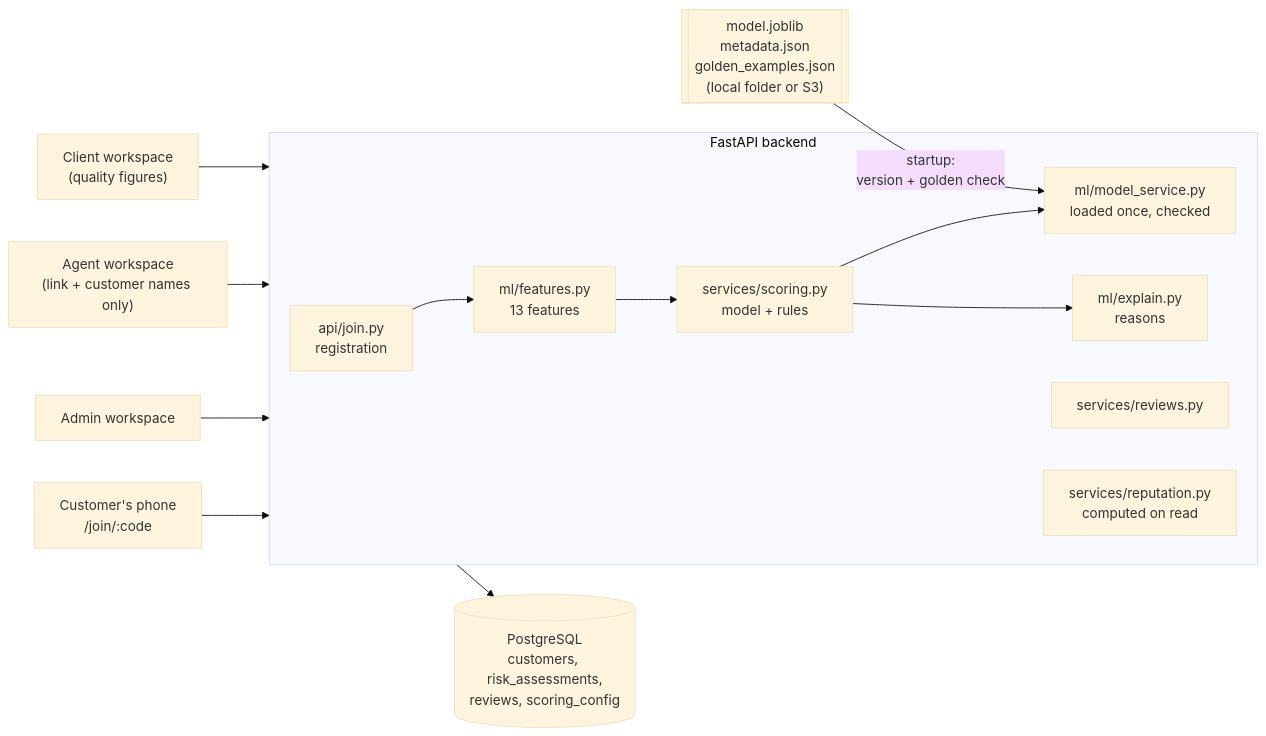
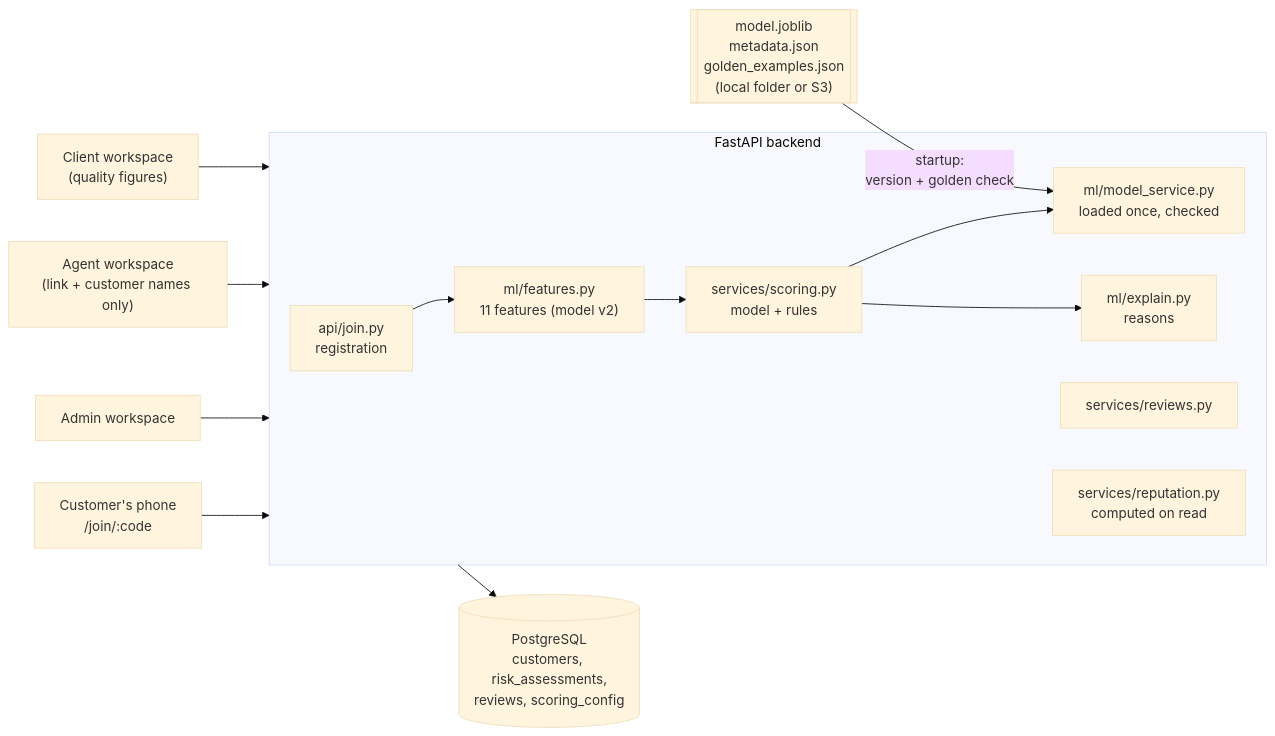
One commit to Myranyamwanda/Salesmesh changed the first of 2 diagrams in docs/ml-integration.md. Above: the diagram before and after it, drawn with Mermaid (base theme). The commit also changed other lines of this file and 10 other files, not shown here.

````diff
--- a/docs/ml-integration.md
+++ b/docs/ml-integration.md
@@ -10,23 +10,23 @@
 ```mermaid
 flowchart LR
     customer["Customer's phone<br/>/join/:code"] --> api
     admin["Admin workspace"] --> api
     agent["Agent workspace<br/>(link + customer names only)"] --> api
     client["Client workspace<br/>(quality figures)"] --> api
 
     subgraph api ["FastAPI backend"]
         join["api/join.py<br/>registration"]
-        features["ml/features.py<br/>13 features"]
+        features["ml/features.py<br/>11 features (model v2)"]
         scoring["services/scoring.py<br/>model + rules"]
         model["ml/model_service.py<br/>loaded once, checked"]
         explain["ml/explain.py<br/>reasons"]
         reviews["services/reviews.py"]
         reputation["services/reputation.py<br/>computed on read"]
         join --> features --> scoring
         scoring --> model
         scoring --> explain
     end
 
     files[["model.joblib<br/>metadata.json<br/>golden_examples.json<br/>(local folder or S3)"]] -->|startup:<br/>version + golden check| model
     api --> db[("PostgreSQL<br/>customers, risk_assessments,<br/>reviews, scoring_config")]
 ```
````
